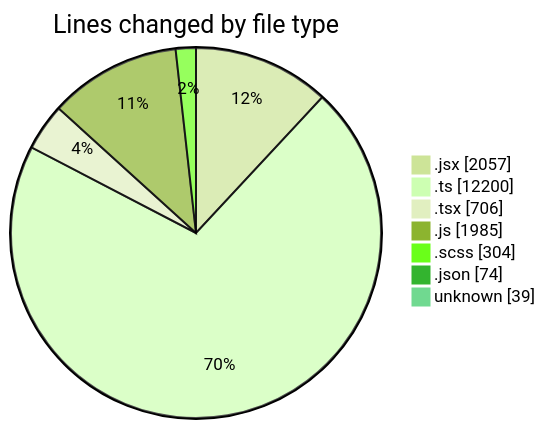
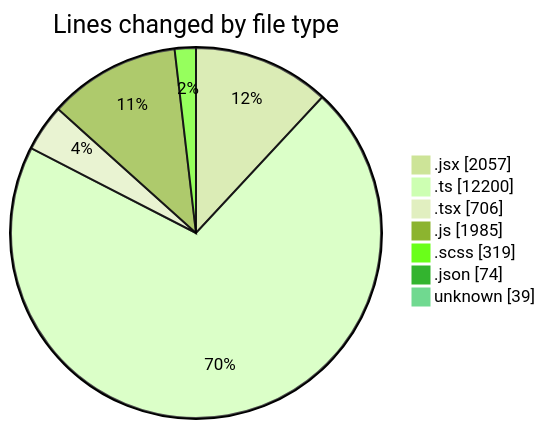
Before and after one commit to momahboobian/code-tracking: the first of 2 diagrams in 2025-06-05/cda/README.md, drawn with Mermaid (forest theme). The commit also changed other lines of this file and 1 other file, not shown here.

````diff
--- a/2025-06-05/cda/README.md
+++ b/2025-06-05/cda/README.md
@@ -50,11 +50,11 @@
 ```mermaid
 pie showData
 title Lines changed by file type
 ".jsx" : 2057
 ".ts" : 12200
 ".tsx" : 706
 ".js" : 1985
-".scss" : 304
+".scss" : 319
 ".json" : 74
 "unknown" : 39
 ```
````
